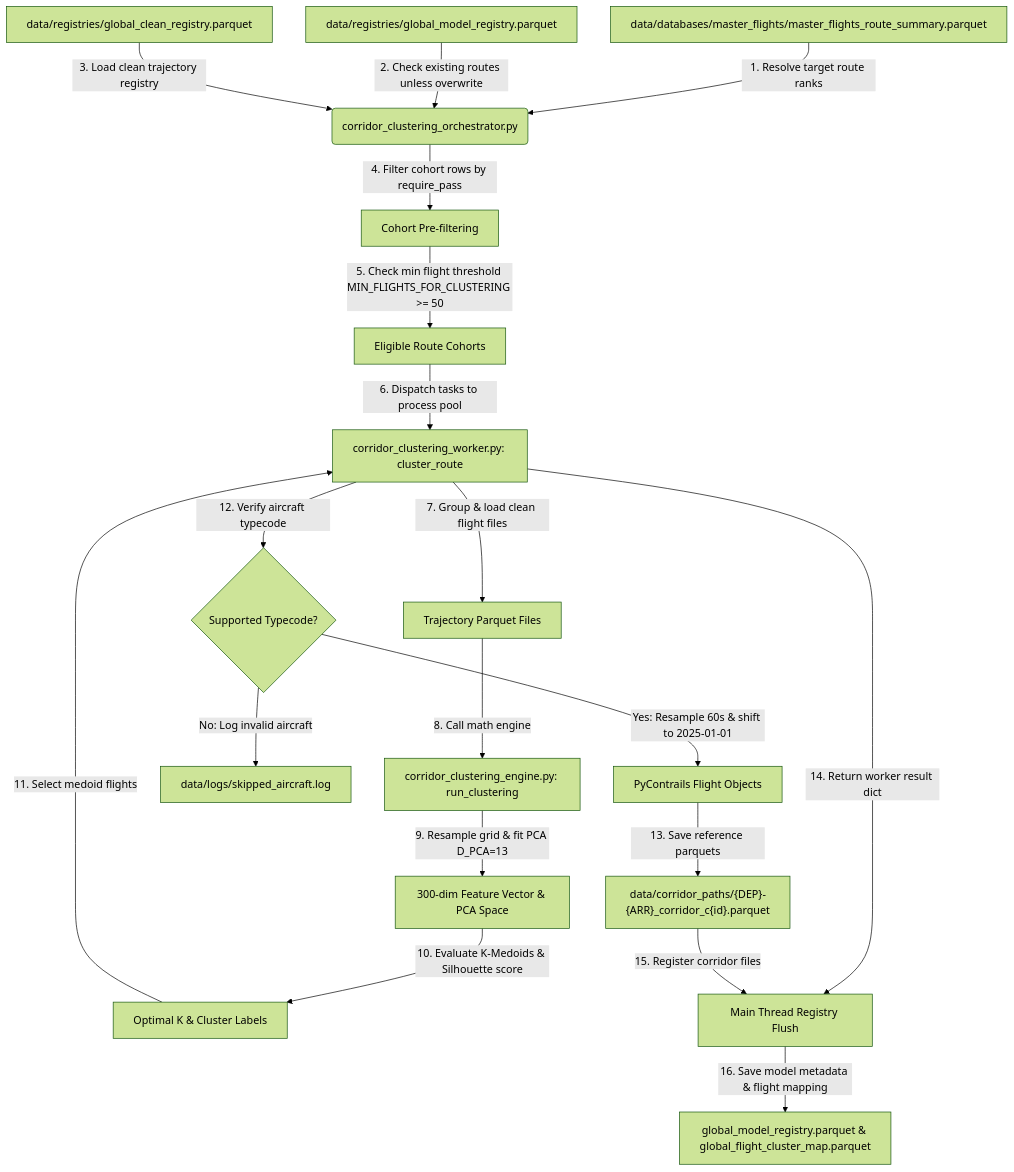
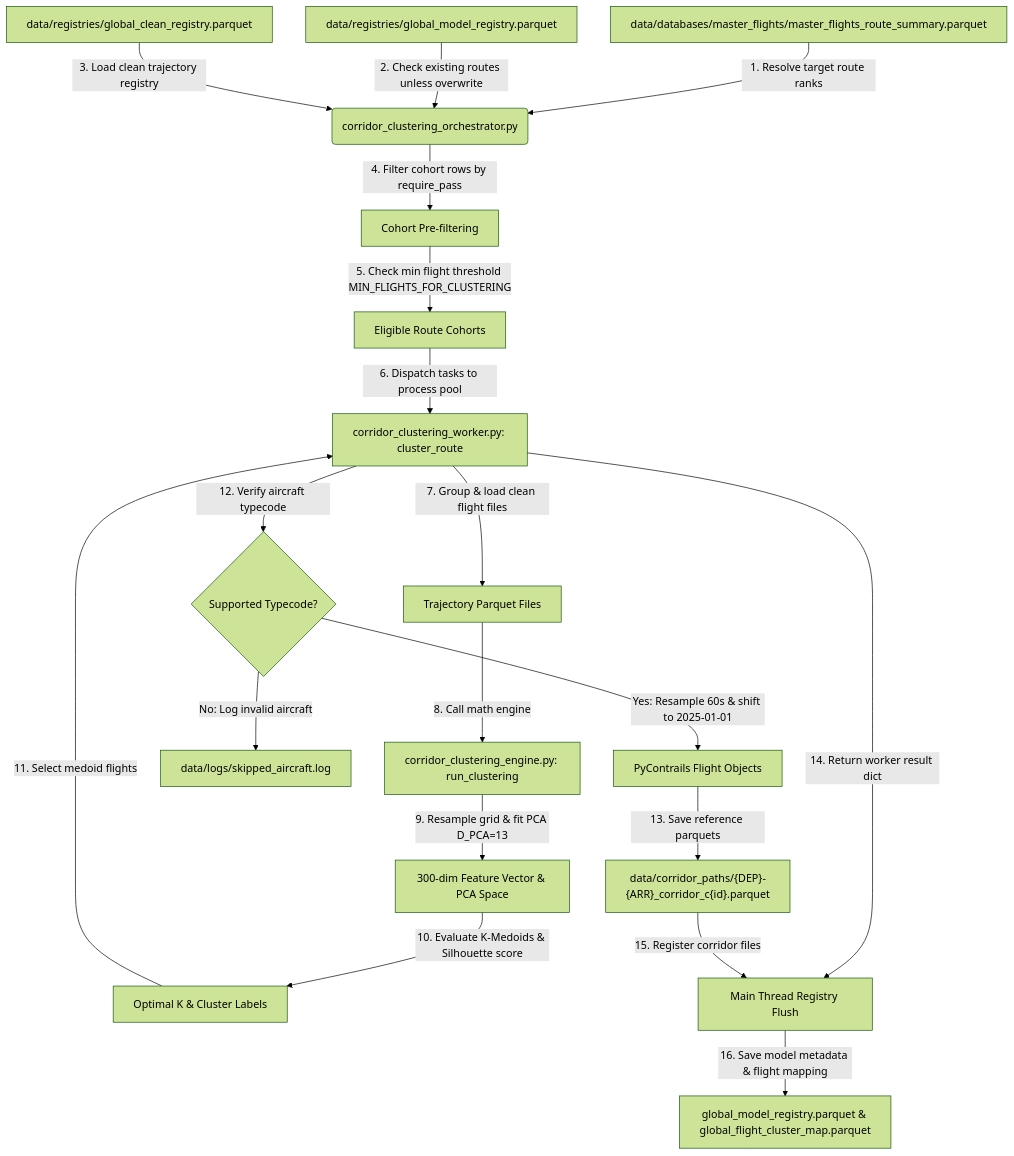
The first of 2 diagrams in src/core/corridor/README.md (Bauzement123/flight-physics-pipeline), drawn with Mermaid (forest theme) before and after one commit. The commit also changed other lines of this file, not shown here.

Commit message:
docs(corridor): explicitly reference MIN_FLIGHTS_FOR_CLUSTERING threshold from config.py

````diff
--- a/src/core/corridor/README.md
+++ b/src/core/corridor/README.md
@@ -80,27 +80,27 @@
 ```mermaid
 graph TD
     A[data/databases/master_flights/master_flights_route_summary.parquet] -->|1. Resolve target route ranks| B(corridor_clustering_orchestrator.py)
     C[data/registries/global_model_registry.parquet] -->|2. Check existing routes unless overwrite| B
     D[data/registries/global_clean_registry.parquet] -->|3. Load clean trajectory registry| B
     
     B -->|4. Filter cohort rows by require_pass| E[Cohort Pre-filtering]
-    E -->|5. Check min flight threshold MIN_FLIGHTS_FOR_CLUSTERING >= 50| F[Eligible Route Cohorts]
+    E -->|5. Check min flight threshold MIN_FLIGHTS_FOR_CLUSTERING| F[Eligible Route Cohorts]
     
     F -->|6. Dispatch tasks to process pool| G[corridor_clustering_worker.py: cluster_route]
     G -->|7. Group & load clean flight files| H[Trajectory Parquet Files]
     
     H -->|8. Call math engine| I[corridor_clustering_engine.py: run_clustering]
     I -->|9. Resample grid & fit PCA D_PCA=13| J[300-dim Feature Vector & PCA Space]
     J -->|10. Evaluate K-Medoids & Silhouette score| K[Optimal K & Cluster Labels]
     
     K -->|11. Select medoid flights| G
     G -->|12. Verify aircraft typecode| L{Supported Typecode?}
     L -->|No: Log invalid aircraft| M[data/logs/skipped_aircraft.log]
     
     L -->|Yes: Resample 60s & shift to 2025-01-01| N[PyContrails Flight Objects]
     N -->|13. Save reference parquets| O["data/corridor_paths/{DEP}-{ARR}_corridor_c{id}.parquet"]
     
     G -->|14. Return worker result dict| P[Main Thread Registry Flush]
     O -->|15. Register corridor files| P
     P -->|16. Save model metadata & flight mapping| Q[global_model_registry.parquet & global_flight_cluster_map.parquet]
 ```
````
